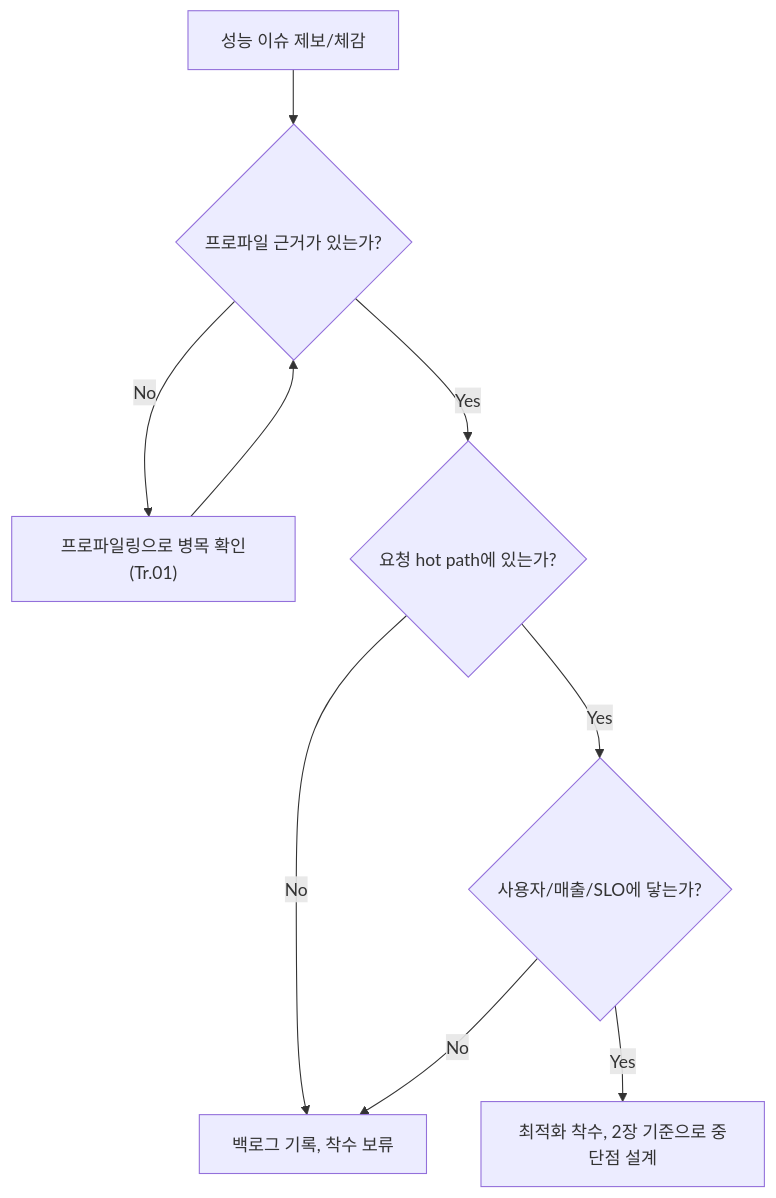
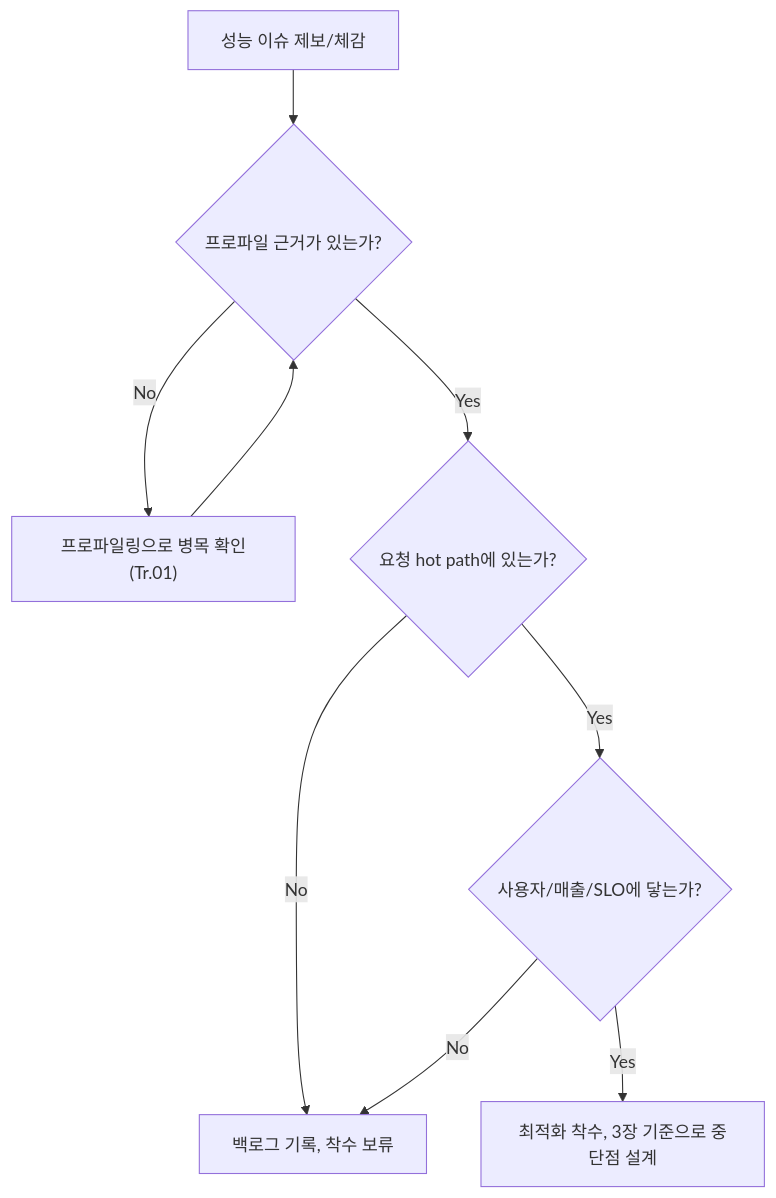
The diagram in content/collection/optimization-11-design-decisions/02-when-to-optimize/index.md (42jerrykim/42jerrykim.github.io), drawn with Mermaid before and after one commit. The commit also changed other lines of this file and 1 other file, not shown here.

````diff
--- a/content/collection/optimization-11-design-decisions/02-when-to-optimize/index.md
+++ b/content/collection/optimization-11-design-decisions/02-when-to-optimize/index.md
@@ -109,11 +106,11 @@
 ```mermaid
 flowchart TD
   reportIssue["성능 이슈 제보/체감"] --> hasEvidence{"프로파일 근거가 있는가?"}
   hasEvidence -- "No" --> profileFirst["프로파일링으로 병목 확인(Tr.01)"]
   profileFirst --> hasEvidence
   hasEvidence -- "Yes" --> hotPath{"요청 hot path에 있는가?"}
   hotPath -- "No" --> backlog["백로그 기록, 착수 보류"]
   hotPath -- "Yes" --> hasImpact{"사용자/매출/SLO에 닿는가?"}
   hasImpact -- "No" --> backlog
-  hasImpact -- "Yes" --> start["최적화 착수, 2장 기준으로 중단점 설계"]
+  hasImpact -- "Yes" --> start["최적화 착수, 3장 기준으로 중단점 설계"]
 ```
````
